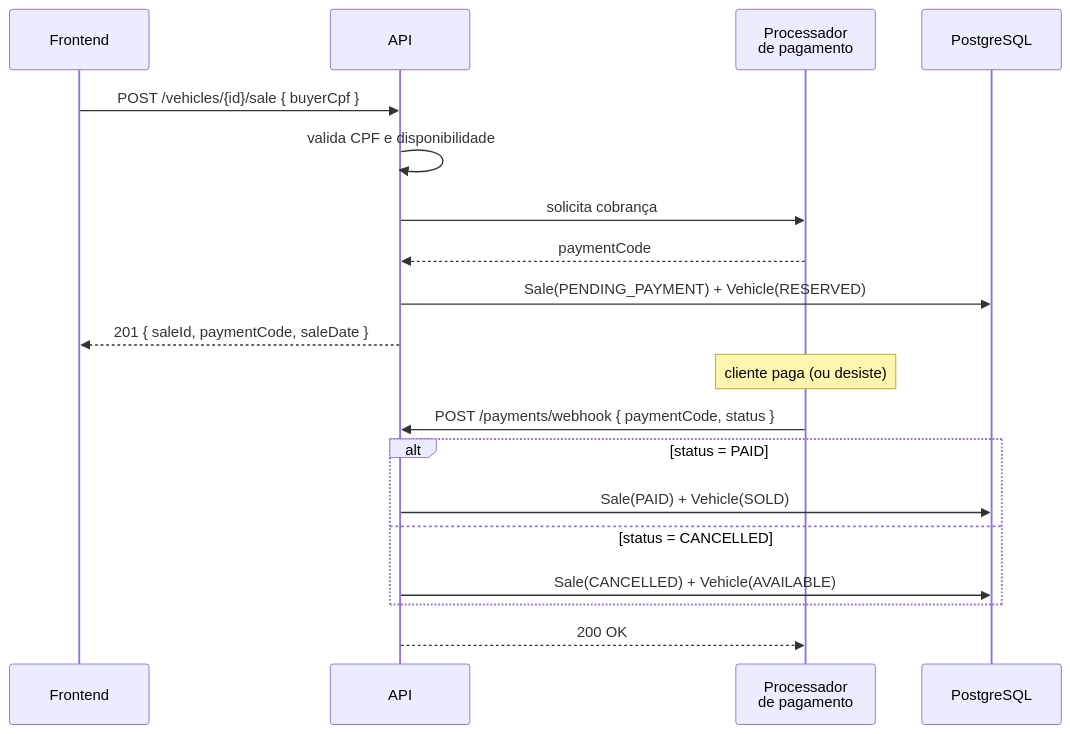
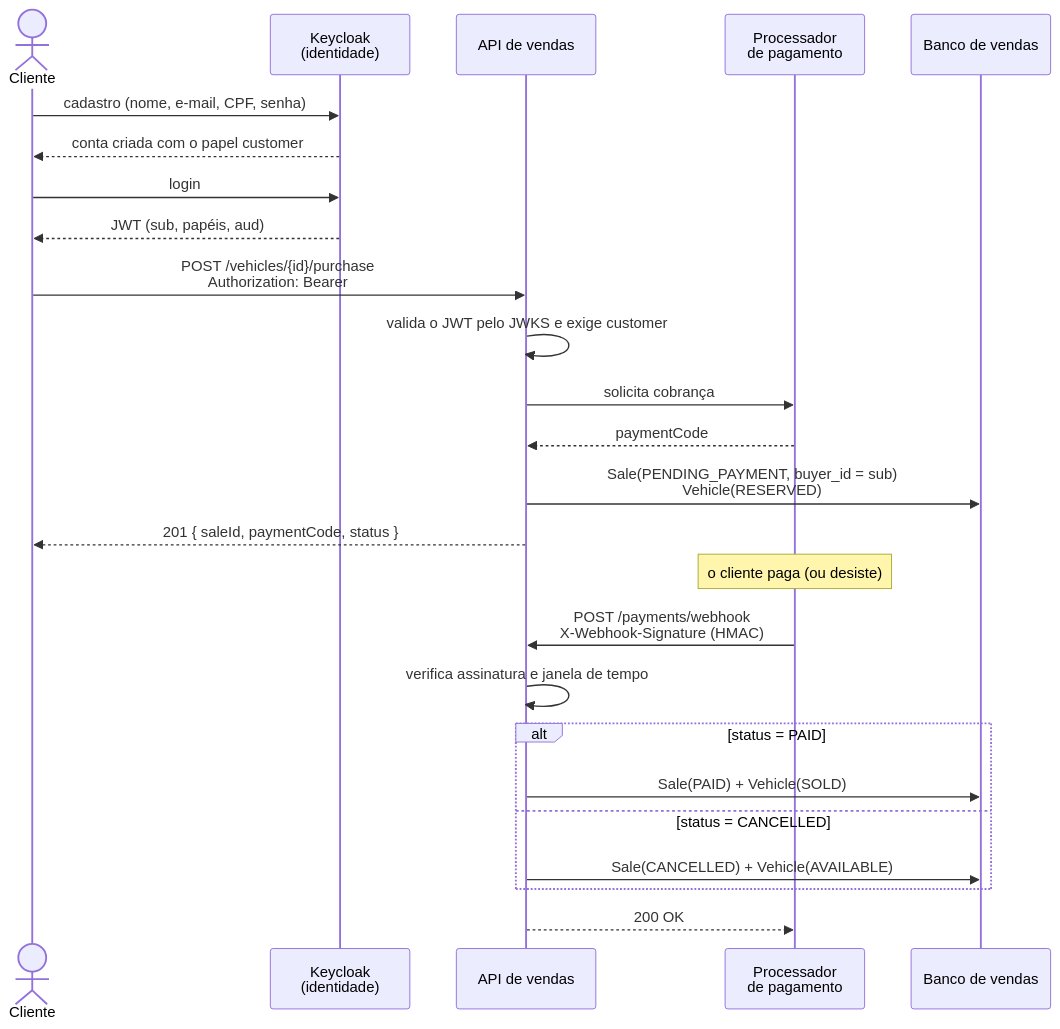
The third of 3 diagrams in README.md (lucasreinaldo-bash/soat-vehicle-sales), drawn with Mermaid before and after one commit. The commit also changed other lines of this file and 2 other files, not shown here.

````diff
--- a/README.md
+++ b/README.md
@@ -288,24 +391,31 @@
 ```mermaid
 sequenceDiagram
-    participant F as Frontend
-    participant API as API
+    actor C as Cliente
+    participant KC as Keycloak<br/>(identidade)
+    participant API as API de vendas
     participant PG as Processador<br/>de pagamento
-    participant DB as PostgreSQL
+    participant DB as Banco de vendas
 
-    F->>API: POST /vehicles/{id}/sale { buyerCpf }
-    API->>API: valida CPF e disponibilidade
+    C->>KC: cadastro (nome, e-mail, CPF, senha)
+    KC-->>C: conta criada com o papel customer
+    C->>KC: login
+    KC-->>C: JWT (sub, papéis, aud)
+
+    C->>API: POST /vehicles/{id}/purchase<br/>Authorization: Bearer
+    API->>API: valida o JWT pelo JWKS e exige customer
     API->>PG: solicita cobrança
     PG-->>API: paymentCode
-    API->>DB: Sale(PENDING_PAYMENT) + Vehicle(RESERVED)
-    API-->>F: 201 { saleId, paymentCode, saleDate }
+    API->>DB: Sale(PENDING_PAYMENT, buyer_id = sub)<br/>Vehicle(RESERVED)
+    API-->>C: 201 { saleId, paymentCode, status }
 
-    Note over PG: cliente paga (ou desiste)
+    Note over PG: o cliente paga (ou desiste)
 
-    PG->>API: POST /payments/webhook { paymentCode, status }
+    PG->>API: POST /payments/webhook<br/>X-Webhook-Signature (HMAC)
+    API->>API: verifica assinatura e janela de tempo
     alt status = PAID
         API->>DB: Sale(PAID) + Vehicle(SOLD)
     else status = CANCELLED
         API->>DB: Sale(CANCELLED) + Vehicle(AVAILABLE)
     end
     API-->>PG: 200 OK
 ```
````
